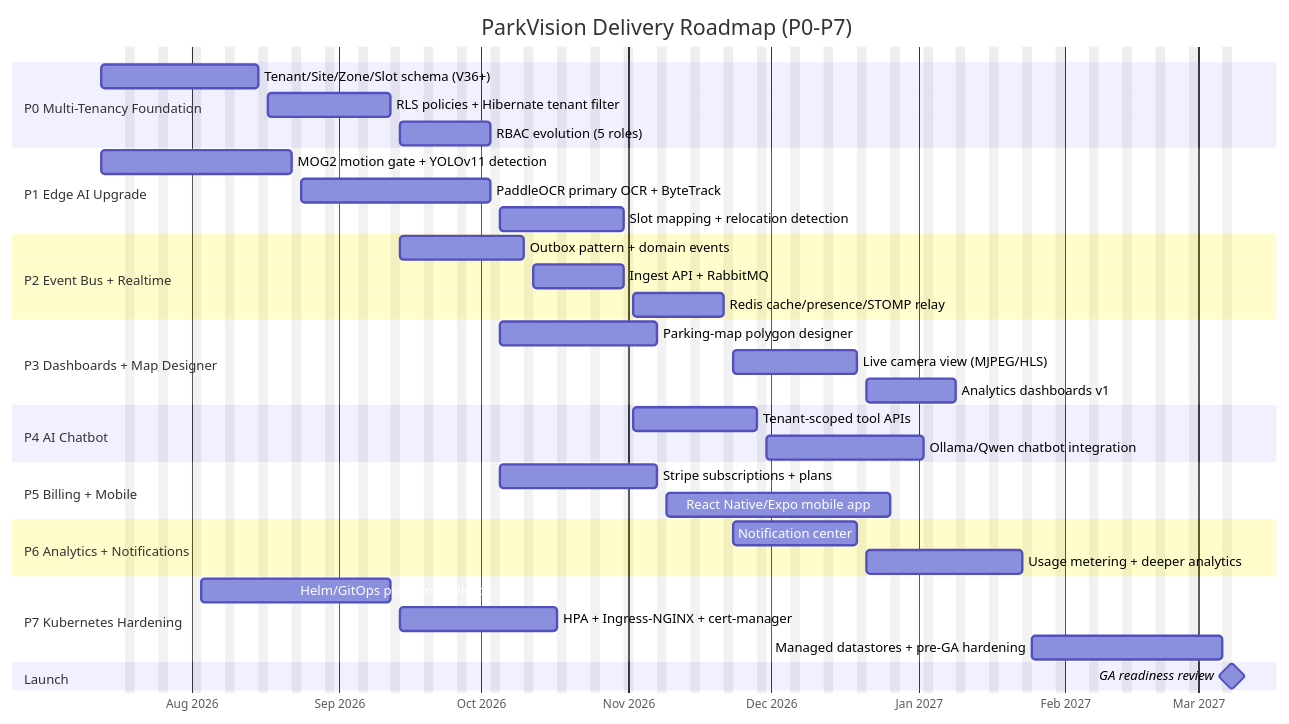
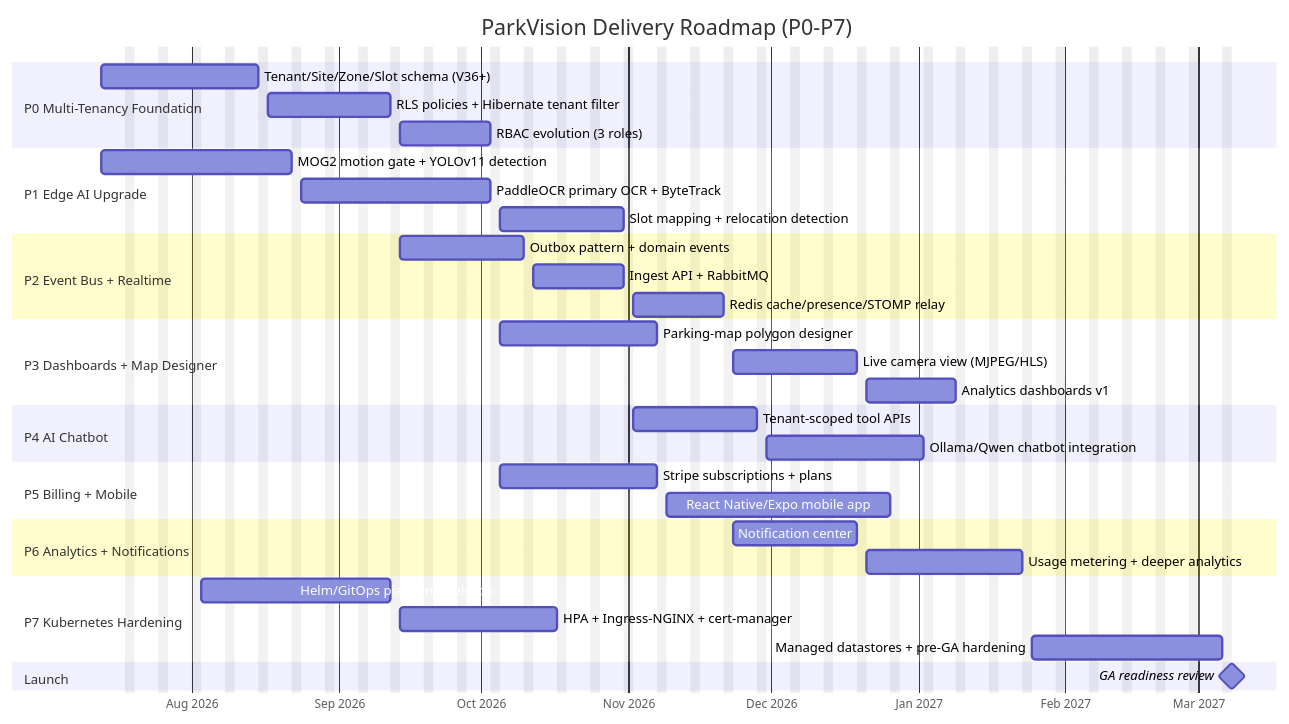
Before and after one commit to dainn-dev/next-manage-user: the diagram in docs/23_Roadmap/diagrams/roadmap-gantt.mmd, drawn with Mermaid. The commit also changed 151 other files, not shown here.

```diff
--- a/docs/23_Roadmap/diagrams/roadmap-gantt.mmd
+++ b/docs/23_Roadmap/diagrams/roadmap-gantt.mmd
@@ -1,45 +1,45 @@
 gantt
     title ParkVision Delivery Roadmap (P0-P7)
     dateFormat YYYY-MM-DD
     axisFormat %b %Y
     excludes weekends
 
     section P0 Multi-Tenancy Foundation
     Tenant/Site/Zone/Slot schema (V36+) :p0a, 2026-07-13, 25d
     RLS policies + Hibernate tenant filter :p0b, after p0a, 20d
-    RBAC evolution (5 roles) :p0c, after p0b, 15d
+    RBAC evolution (3 roles) :p0c, after p0b, 15d
 
     section P1 Edge AI Upgrade
     MOG2 motion gate + YOLOv11 detection :p1a, 2026-07-13, 30d
     PaddleOCR primary OCR + ByteTrack :p1b, after p1a, 30d
     Slot mapping + relocation detection :p1c, after p1b p0c, 20d
 
     section P2 Event Bus + Realtime
     Outbox pattern + domain events :p2a, after p0b, 20d
     Ingest API + RabbitMQ :p2b, after p2a, 15d
     Redis cache/presence/STOMP relay :p2c, after p2b, 15d
 
     section P3 Dashboards + Map Designer
     Parking-map polygon designer :p3a, after p0c, 25d
     Live camera view (MJPEG/HLS) :p3b, after p2c, 20d
     Analytics dashboards v1 :p3c, after p3b, 15d
 
     section P4 AI Chatbot
     Tenant-scoped tool APIs :p4a, after p2b, 20d
     Ollama/Qwen chatbot integration :p4b, after p4a, 25d
 
     section P5 Billing + Mobile
     Stripe subscriptions + plans :p5a, after p0c, 25d
     React Native/Expo mobile app :p5b, after p5a, 35d
 
     section P6 Analytics + Notifications
     Notification center :p6a, after p2c, 20d
     Usage metering + deeper analytics :p6b, after p6a p5a, 25d
 
     section P7 Kubernetes Hardening
     Helm/GitOps platform skeleton :p7a, 2026-08-03, 30d
     HPA + Ingress-NGINX + cert-manager :p7b, after p7a, 25d
     Managed datastores + pre-GA hardening :p7c, after p6b p5b p7b, 30d
 
     section Launch
     GA readiness review :milestone, m1, after p7c p3c p4b, 0d
```
